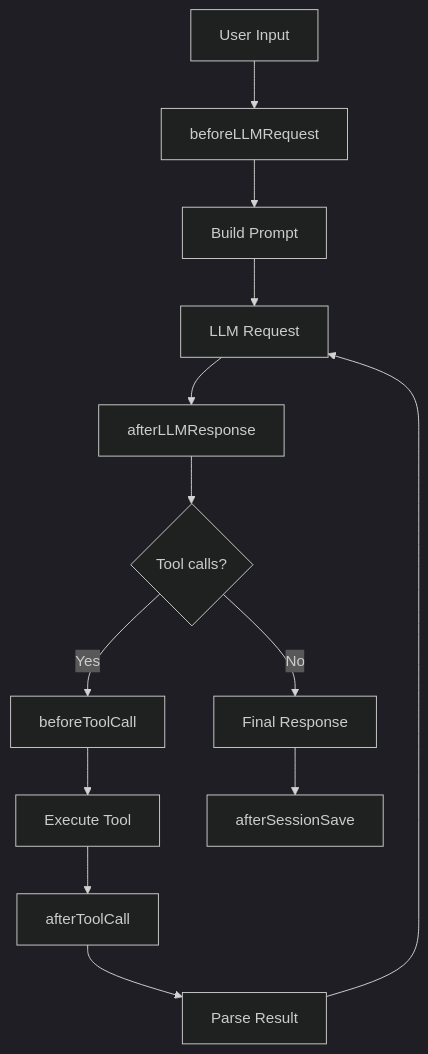
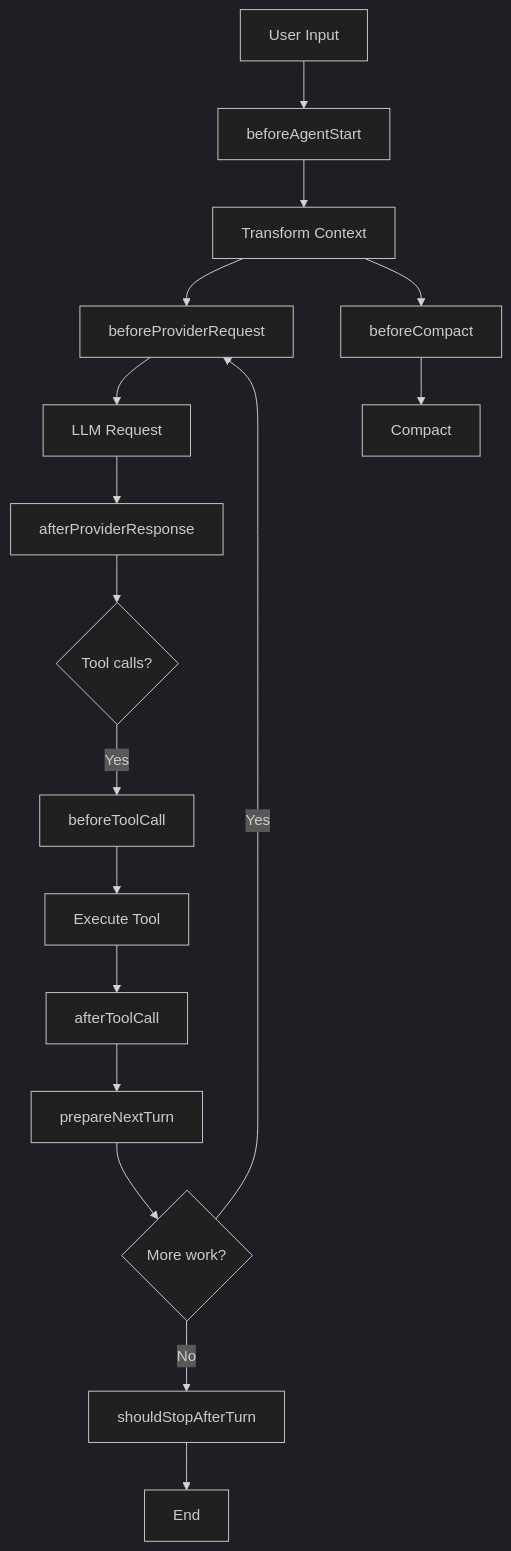
Before and after one commit to lseman/logician: the diagram in docs/architecture/hooks.md, drawn with Mermaid (dark theme). The commit also changed other lines of this file and 77 other files, not shown here.

````diff
--- a/docs/architecture/hooks.md
+++ b/docs/architecture/hooks.md
@@ -12,15 +12,19 @@
 ```mermaid
 graph TD
-    A[User Input] --> B[beforeLLMRequest]
-    B --> C[Build Prompt]
-    C --> D[LLM Request]
-    D --> E[afterLLMResponse]
-    E --> F{Tool calls?}
-    F -->|Yes| G[beforeToolCall]
-    G --> H[Execute Tool]
-    H --> I[afterToolCall]
-    I --> J[Parse Result]
-    J --> D
-    F -->|No| K[Final Response]
-    K --> L[afterSessionSave]
+    A[User Input] --> B[beforeAgentStart]
+    B --> C[Transform Context]
+    C --> D[beforeProviderRequest]
+    D --> E[LLM Request]
+    E --> F[afterProviderResponse]
+    F --> G{Tool calls?}
+    G -->|Yes| H[beforeToolCall]
+    H --> I[Execute Tool]
+    I --> J[afterToolCall]
+    J --> K[prepareNextTurn]
+    K --> L{More work?}
+    L -->|Yes| D
+    L -->|No| M[shouldStopAfterTurn]
+    M --> N[End]
+    C --> O[beforeCompact]
+    O --> P[Compact]
 ```
````
